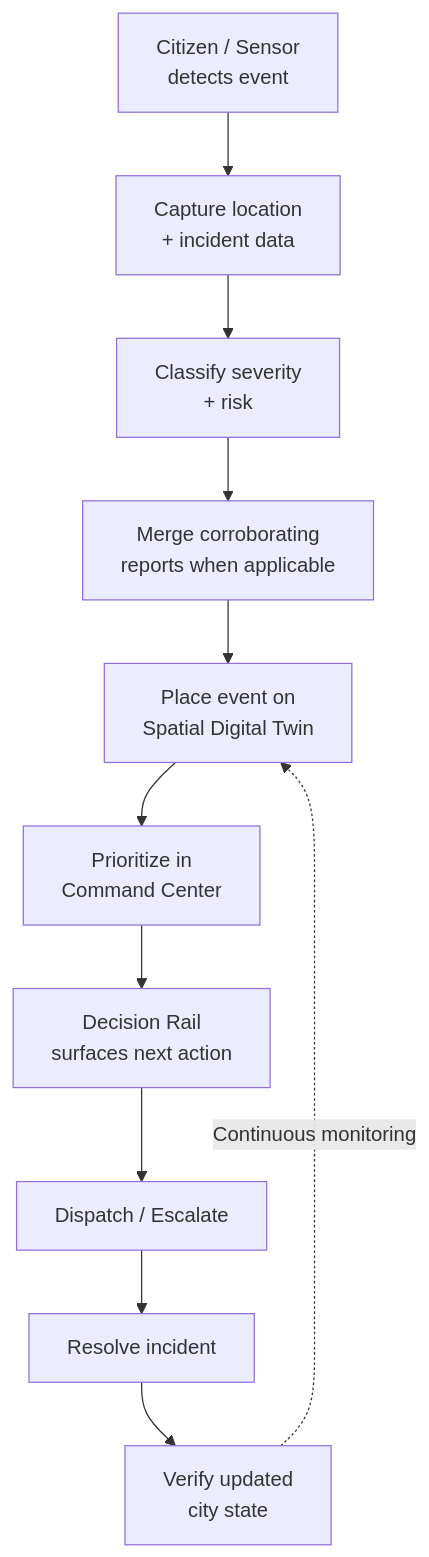
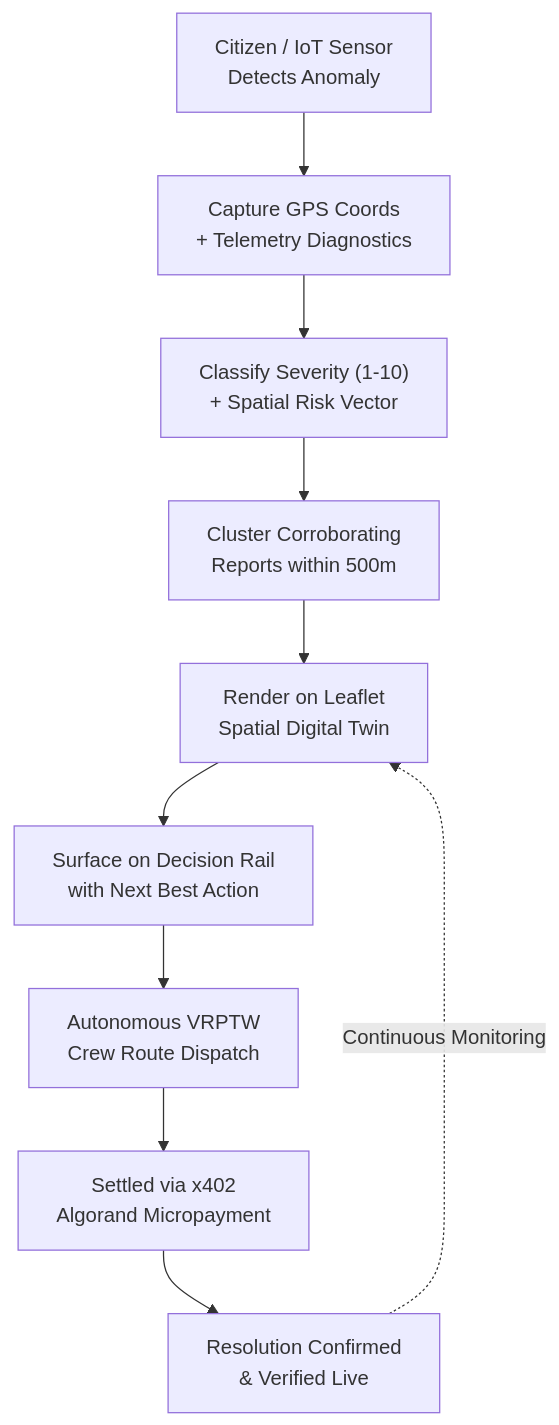
One commit to SIDDHARTHXMEUR/CIVICTWIN changed the third of 4 diagrams in README.md. Above: the diagram before and after it, drawn with Mermaid. The commit also changed other lines of this file and 23 other files, not shown here.

Commit message:
feat: complete mission control typography, spatial digital twin fixes, and full feature documentation

````diff
--- a/README.md
+++ b/README.md
@@ -312,16 +251,15 @@
 ```mermaid
 flowchart TD 
-A["Citizen / Sensor<br/>detects event"] 
-B["Capture location<br/>+ incident data"] 
-C["Classify severity<br/>+ risk"] 
-D["Merge corroborating<br/>reports when applicable"] 
-E["Place event on<br/>Spatial Digital Twin"] 
-F["Prioritize in<br/>Command Center"] 
-G["Decision Rail<br/>surfaces next action"] 
-H["Dispatch / Escalate"] 
-I["Resolve incident"] 
-J["Verify updated<br/>city state"] 
+A["Citizen / IoT Sensor<br/>Detects Anomaly"] 
+B["Capture GPS Coords<br/>+ Telemetry Diagnostics"] 
+C["Classify Severity (1-10)<br/>+ Spatial Risk Vector"] 
+D["Cluster Corroborating<br/>Reports within 500m"] 
+E["Render on Leaflet<br/>Spatial Digital Twin"] 
+F["Surface on Decision Rail<br/>with Next Best Action"] 
+G["Autonomous VRPTW<br/>Crew Route Dispatch"] 
+H["Settled via x402<br/>Algorand Micropayment"] 
+I["Resolution Confirmed<br/>& Verified Live"] 
 
-A --> B --> C --> D --> E --> F --> G --> H --> I --> J 
-J -.->|Continuous monitoring| E
+A --> B --> C --> D --> E --> F --> G --> H --> I 
+I -.->|Continuous Monitoring| E
 ```
````
